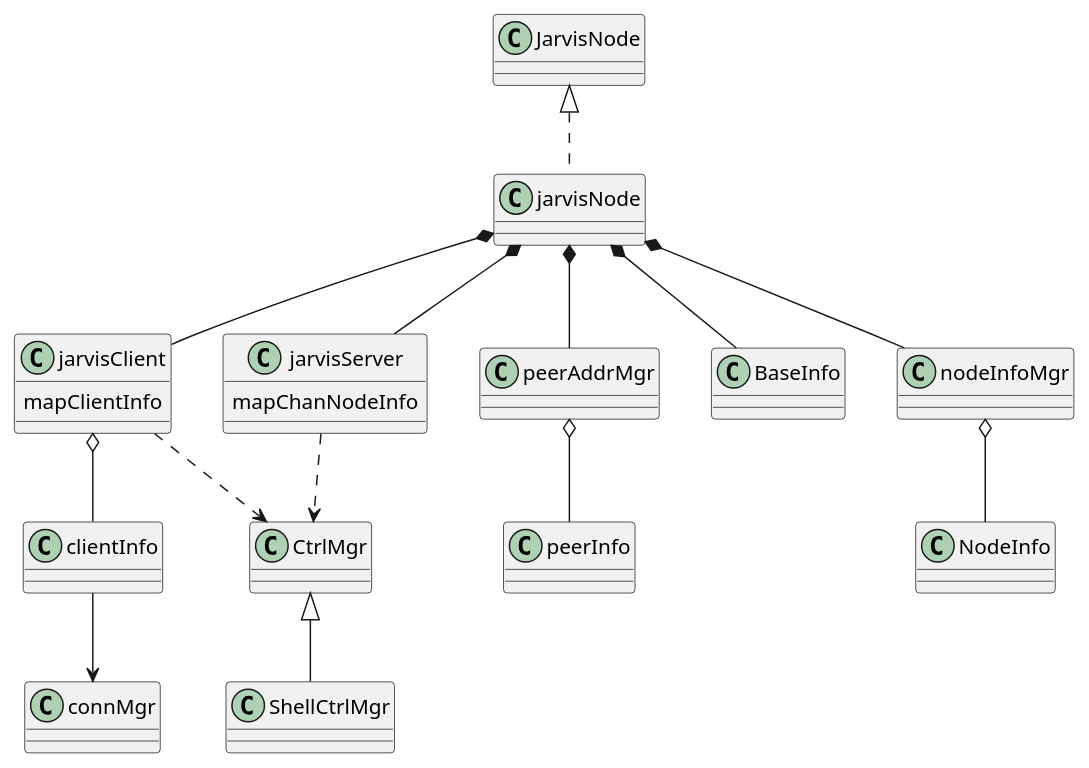
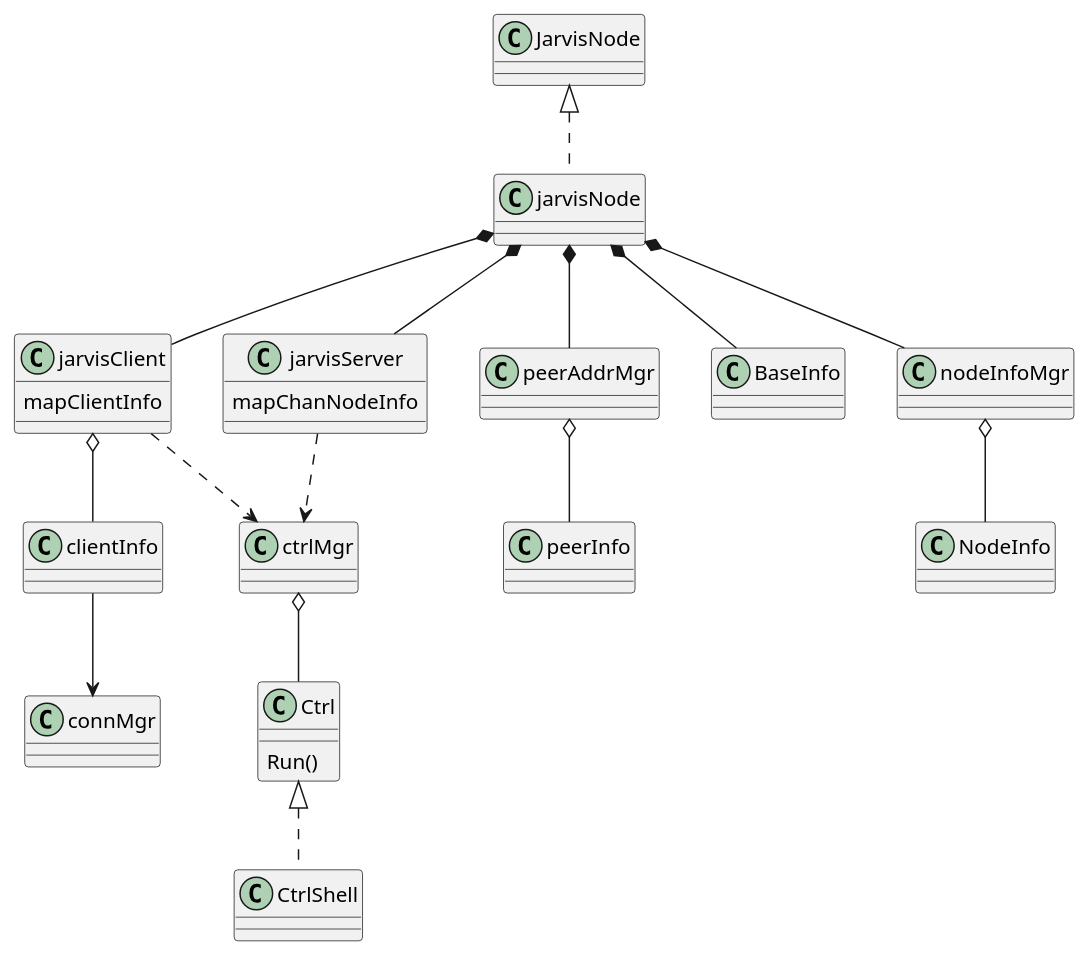
Before and after one commit to zhs007/jarviscore: the diagram in classdisgram.plantuml, drawn with PlantUML. The commit also changed 10 other files, not shown here.

```diff
--- a/classdisgram.plantuml
+++ b/classdisgram.plantuml
@@ -1,35 +1,38 @@
 @startuml jarviscore
 class JarvisNode
 class jarvisNode
 class jarvisClient
 class jarvisServer
 class peerAddrMgr
 class peerInfo
 class BaseInfo
 class nodeInfoMgr
 class NodeInfo
 class clientInfo
-class CtrlMgr
-class ShellCtrlMgr
+class ctrlMgr
+class Ctrl
+class CtrlShell
 class connMgr
 
 jarvisClient : mapClientInfo
 jarvisServer : mapChanNodeInfo 
+Ctrl : Run()
 
-CtrlMgr <|-- ShellCtrlMgr
+ctrlMgr o-- Ctrl
+Ctrl <|.. CtrlShell
 
 JarvisNode <|.. jarvisNode
 jarvisNode *-- BaseInfo
 jarvisNode *-- nodeInfoMgr
 jarvisNode *-- jarvisClient
 jarvisNode *-- jarvisServer
 jarvisNode *-- peerAddrMgr
 peerAddrMgr o-- peerInfo
 nodeInfoMgr o-- NodeInfo
 jarvisClient o-- clientInfo
 
-jarvisClient ..> CtrlMgr
-jarvisServer ..> CtrlMgr
+jarvisClient ..> ctrlMgr
+jarvisServer ..> ctrlMgr
 
 clientInfo --> connMgr
 @enduml
```
